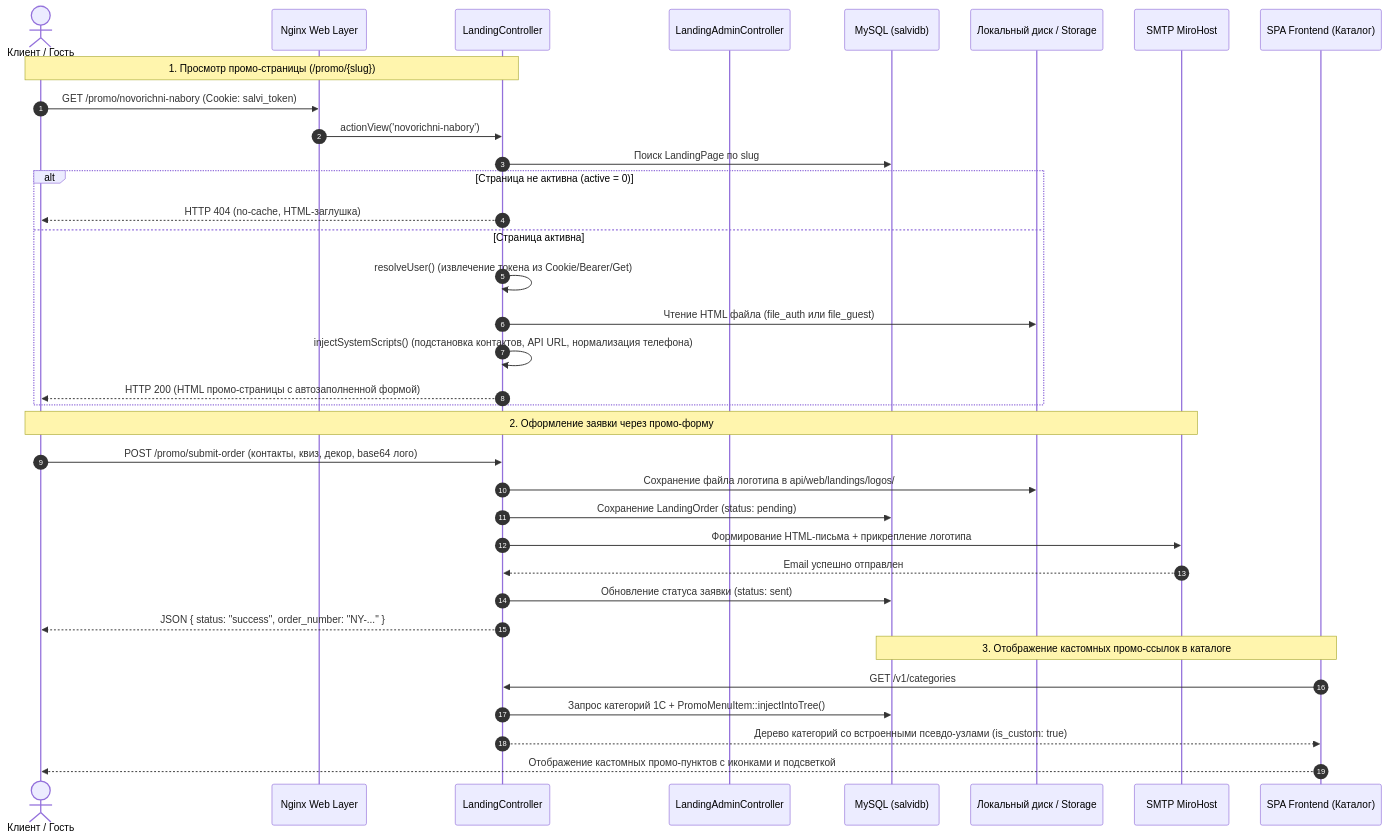
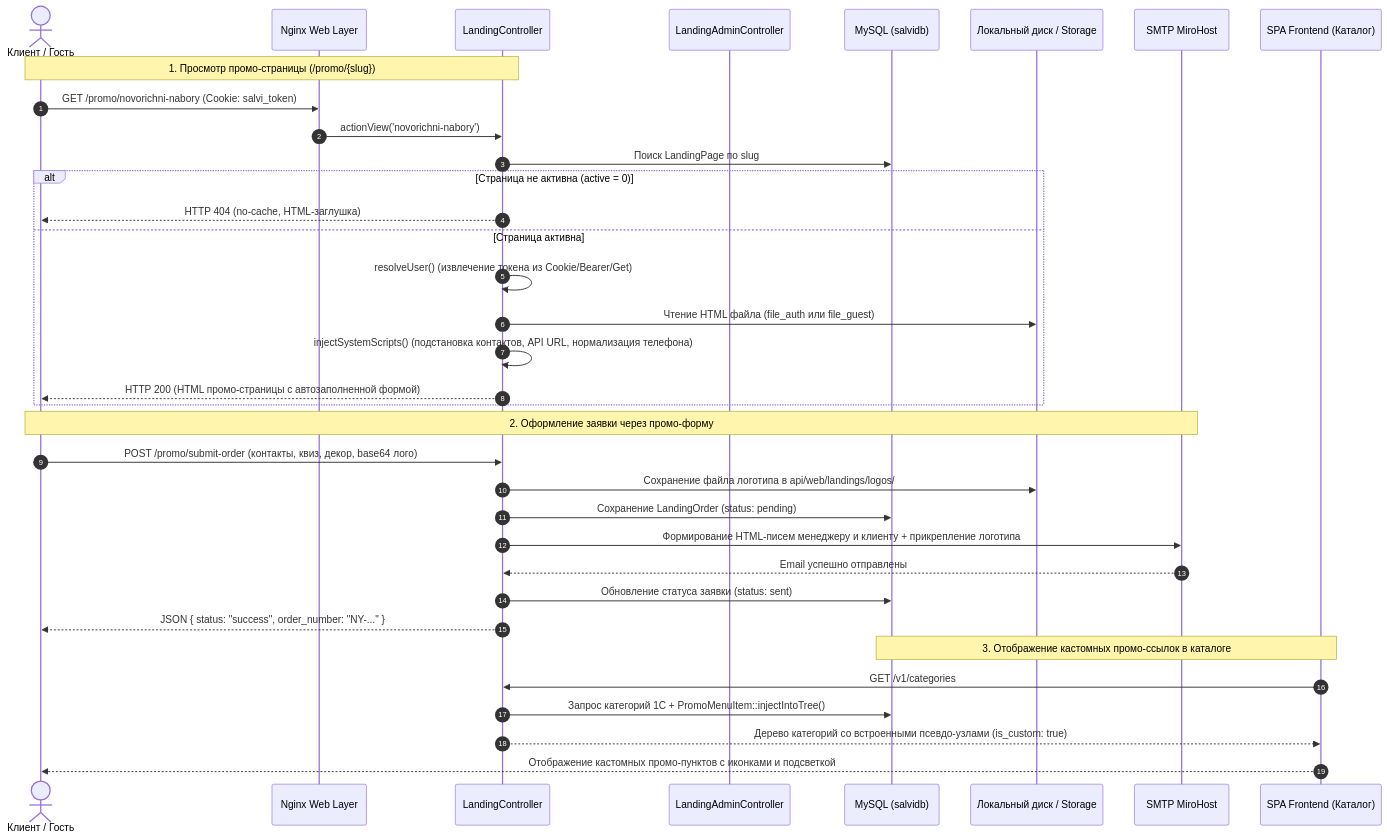
One commit to salvillc/salvi-backend changed the first of 2 diagrams in docs/flows/11-promo-pages-and-landing-orders.md. Above: the diagram before and after it, drawn with Mermaid. The commit also changed other lines of this file and 1 other file, not shown here.

````diff
--- a/docs/flows/11-promo-pages-and-landing-orders.md
+++ b/docs/flows/11-promo-pages-and-landing-orders.md
@@ -38,43 +38,43 @@
 ```mermaid
 sequenceDiagram
     autonumber
     actor User as Клиент / Гость
     participant Nginx as Nginx Web Layer
     participant LC as LandingController
     participant LAC as LandingAdminController
     participant DB as MySQL (salvidb)
     participant Disk as Локальный диск / Storage
     participant Mailer as SMTP MiroHost
     participant Front as SPA Frontend (Каталог)
 
     %% Сценарий просмотра промо-страницы
     Note over User, LC: 1. Просмотр промо-страницы (/promo/{slug})
     User->>Nginx: GET /promo/novorichni-nabory (Cookie: salvi_token)
     Nginx->>LC: actionView('novorichni-nabory')
     LC->>DB: Поиск LandingPage по slug
     alt Страница не активна (active = 0)
         LC-->>User: HTTP 404 (no-cache, HTML-заглушка)
     else Страница активна
         LC->>LC: resolveUser() (извлечение токена из Cookie/Bearer/Get)
         LC->>Disk: Чтение HTML файла (file_auth или file_guest)
         LC->>LC: injectSystemScripts() (подстановка контактов, API URL, нормализация телефона)
         LC-->>User: HTTP 200 (HTML промо-страницы с автозаполненной формой)
     end
 
     %% Сценарий отправки заказа
     Note over User, Mailer: 2. Оформление заявки через промо-форму
     User->>LC: POST /promo/submit-order (контакты, квиз, декор, base64 лого)
     LC->>Disk: Сохранение файла логотипа в api/web/landings/logos/
     LC->>DB: Сохранение LandingOrder (status: pending)
-    LC->>Mailer: Формирование HTML-письма + прикрепление логотипа
-    Mailer-->>LC: Email успешно отправлен
+    LC->>Mailer: Формирование HTML-писем менеджеру и клиенту + прикрепление логотипа
+    Mailer-->>LC: Email успешно отправлены
     LC->>DB: Обновление статуса заявки (status: sent)
     LC-->>User: JSON { status: "success", order_number: "NY-..." }
 
     %% Сценарий интеграции с каталогом
     Note over Front, DB: 3. Отображение кастомных промо-ссылок в каталоге
     Front->>LC: GET /v1/categories
     LC->>DB: Запрос категорий 1С + PromoMenuItem::injectIntoTree()
     LC-->>Front: Дерево категорий со встроенными псевдо-узлами (is_custom: true)
     Front-->>User: Отображение кастомных промо-пунктов с иконками и подсветкой
 ```
````
